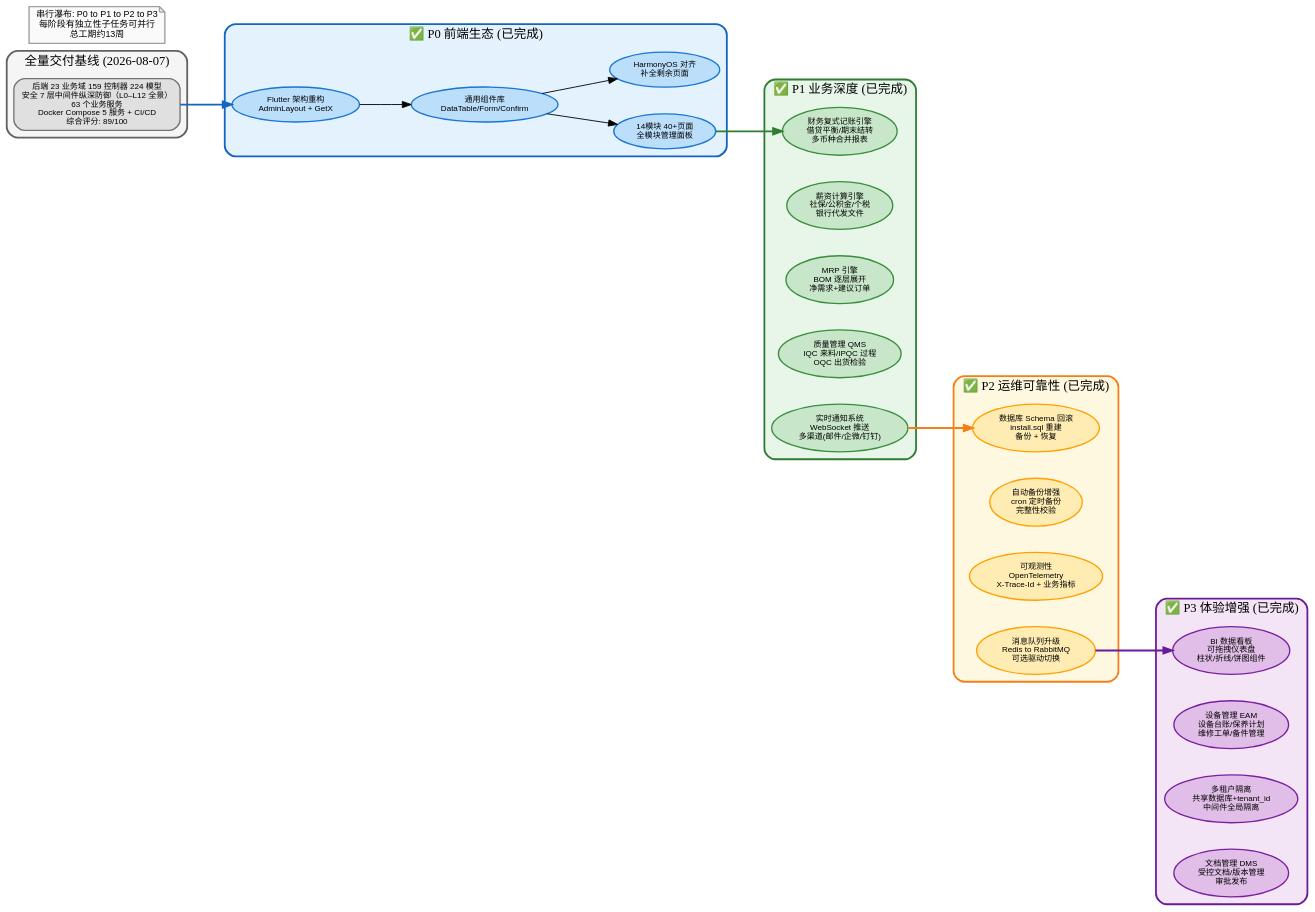
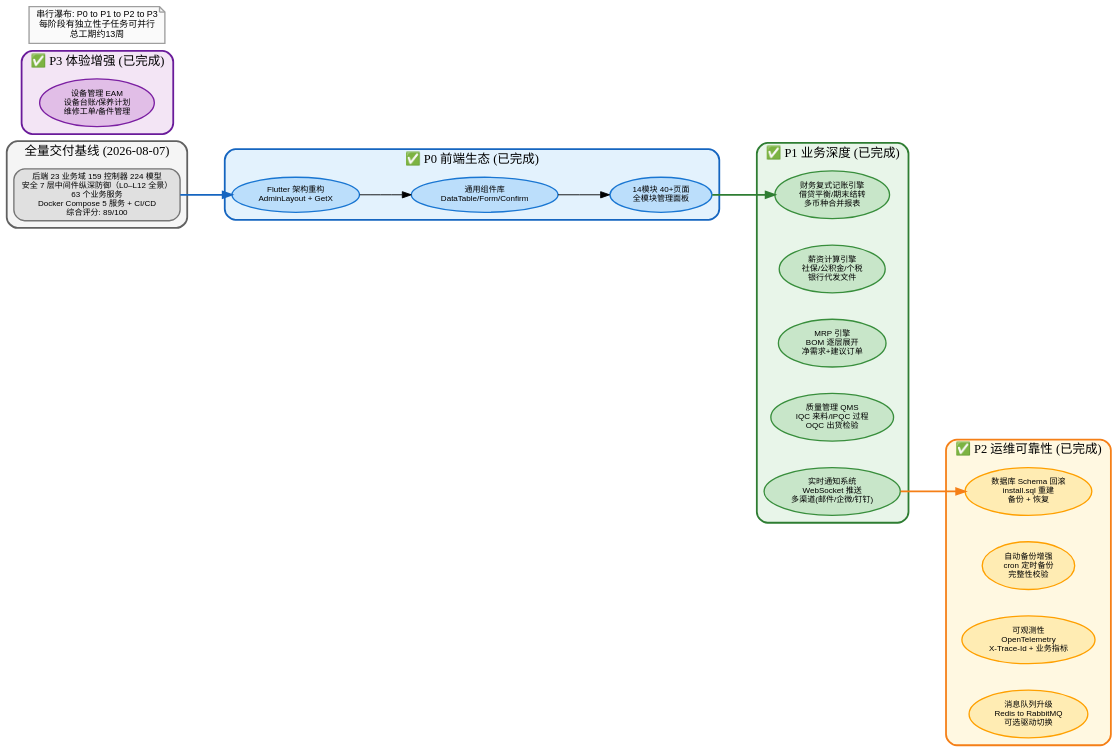
One commit to erikwang2013/erp-php changed the diagram in docs/diagrams/roadmap-phases-cn.dot. Above: the diagram before and after it, drawn with Graphviz. The commit also changed 652 other files, not shown here.

Commit message:
文档：仅保留中英文 README，清理已移除功能与过时图片

```diff
--- a/docs/diagrams/roadmap-phases-cn.dot
+++ b/docs/diagrams/roadmap-phases-cn.dot
@@ -1,72 +1,67 @@
 digraph RoadmapPhasesCN {
     rankdir=LR;
     fontname="Arial";
     fontsize=14;
     bgcolor="transparent";
     nodesep=0.4;
     ranksep=0.8;
     compound=true;
 
     node [fontname="Arial", fontsize=10, style="filled,rounded", penwidth=1.5];
 
     subgraph cluster_p0 {
         label="✅ P0 前端生态 (已完成)";
         fontsize=14; fontname="Arial Bold";
         style="filled,rounded"; fillcolor="#e3f2fd"; color="#1565c0"; penwidth=2;
         node [fillcolor="#bbdefb", color="#1976d2", fontsize=9];
         p0a [label="Flutter 架构重构\nAdminLayout + GetX"];
         p0b [label="通用组件库\nDataTable/Form/Confirm"];
         p0c [label="14模块 40+页面\n全模块管理面板"];
-        p0d [label="HarmonyOS 对齐\n补全剩余页面"];
-        p0a -> p0b -> p0c; p0b -> p0d;
+        p0a -> p0b -> p0c;
     }
 
     subgraph cluster_p1 {
         label="✅ P1 业务深度 (已完成)";
         fontsize=14; fontname="Arial Bold";
         style="filled,rounded"; fillcolor="#e8f5e9"; color="#2e7d32"; penwidth=2;
         node [fillcolor="#c8e6c9", color="#388e3c", fontsize=9];
         p1a [label="财务复式记账引擎\n借贷平衡/期末结转\n多币种合并报表"];
         p1b [label="薪资计算引擎\n社保/公积金/个税\n银行代发文件"];
         p1c [label="MRP 引擎\nBOM 逐层展开\n净需求+建议订单"];
         p1d [label="质量管理 QMS\nIQC 来料/IPQC 过程\nOQC 出货检验"];
         p1e [label="实时通知系统\nWebSocket 推送\n多渠道(邮件/企微/钉钉)"];
     }
 
     subgraph cluster_p2 {
         label="✅ P2 运维可靠性 (已完成)";
         fontsize=14; fontname="Arial Bold";
         style="filled,rounded"; fillcolor="#fff8e1"; color="#f57f17"; penwidth=2;
         node [fillcolor="#ffecb3", color="#ffa000", fontsize=9];
         p2a [label="数据库 Schema 回滚\ninstall.sql 重建\n备份 + 恢复"];
         p2b [label="自动备份增强\ncron 定时备份\n完整性校验"];
         p2c [label="可观测性\nOpenTelemetry\nX-Trace-Id + 业务指标"];
         p2d [label="消息队列升级\nRedis to RabbitMQ\n可选驱动切换"];
     }
 
     subgraph cluster_p3 {
         label="✅ P3 体验增强 (已完成)";
         fontsize=14; fontname="Arial Bold";
         style="filled,rounded"; fillcolor="#f3e5f5"; color="#6a1b9a"; penwidth=2;
         node [fillcolor="#e1bee7", color="#7b1fa2", fontsize=9];
-        p3a [label="BI 数据看板\n可拖拽仪表盘\n柱状/折线/饼图组件"];
         p3b [label="设备管理 EAM\n设备台账/保养计划\n维修工单/备件管理"];
-        p3c [label="多租户隔离\n共享数据库+tenant_id\n中间件全局隔离"];
-        p3d [label="文档管理 DMS\n受控文档/版本管理\n审批发布"];
     }
 
     subgraph cluster_current {
         label="全量交付基线 (2026-08-07)";
         fontsize=14; fontname="Arial Bold";
         style="filled,rounded"; fillcolor="#f5f5f5"; color="#616161"; penwidth=2;
         node [fillcolor="#e0e0e0", color="#757575", fontsize=9, shape="box"];
         cur [label="后端 23 业务域 159 控制器 224 模型\n安全 7 层中间件纵深防御（L0–L12 全景）\n63 个业务服务\nDocker Compose 5 服务 + CI/CD\n综合评分: 89/100"];
     }
 
     cur -> p0a [color="#1565c0", penwidth=2];
     p0c -> p1a [color="#2e7d32", penwidth=2];
     p1e -> p2a [color="#f57f17", penwidth=2];
-    p2d -> p3a [color="#6a1b9a", penwidth=2];
 
     legend [label="串行瀑布: P0 to P1 to P2 to P3\n每阶段有独立性子任务可并行\n总工期约13周", shape="note", fillcolor="#fafafa", color="#9e9e9e", fontsize=10];
 }
```
